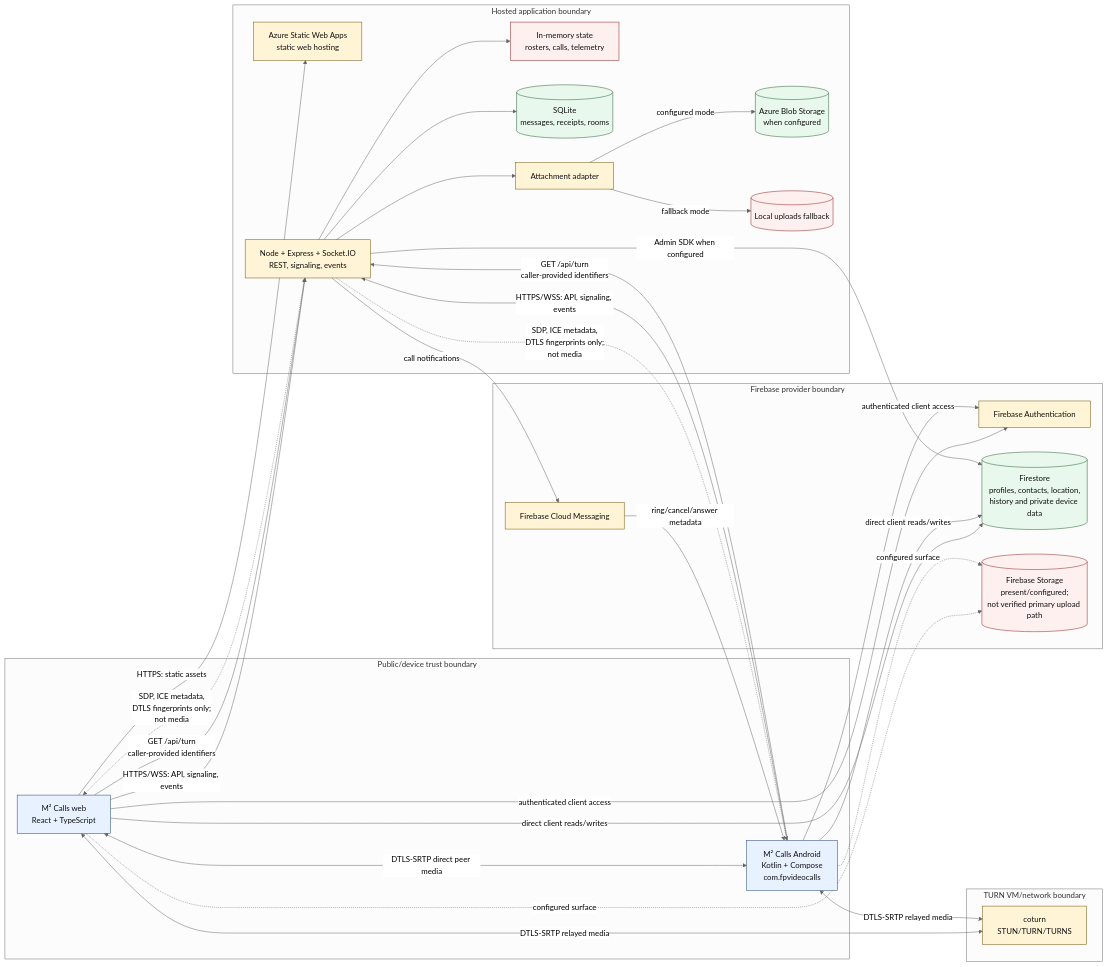
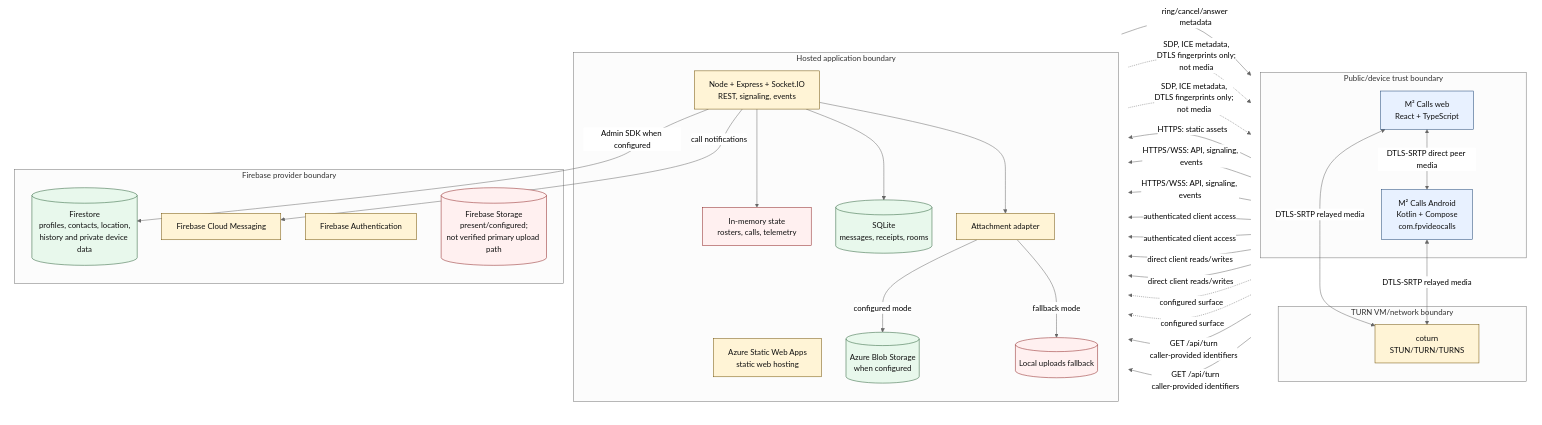
Before and after one commit to guiess/fp-video-calls: the diagram in docs/assets/architecture/system-overview.mmd, drawn with Mermaid (neutral theme). The commit also changed 31 other files, not shown here.

```diff
--- a/docs/assets/architecture/system-overview.mmd
+++ b/docs/assets/architecture/system-overview.mmd
@@ -1,57 +1,67 @@
 flowchart LR
   classDef client fill:#e8f1ff,stroke:#173f70,color:#111;
   classDef service fill:#fff4d6,stroke:#6f4f00,color:#111;
   classDef store fill:#e8f8ec,stroke:#245c32,color:#111;
   classDef boundary fill:#fff,stroke:#555,color:#111,stroke-dasharray: 6 4;
   classDef risk fill:#fff0f0,stroke:#8a1c1c,color:#111;
 
-  subgraph Public["Public/device trust boundary"]
+  subgraph DevicesAndRelay[" "]
+    direction TB
+    subgraph Public["Public/device trust boundary"]
     Web["M² Calls web\nReact + TypeScript"]:::client
     Android["M² Calls Android\nKotlin + Compose\ncom.fpvideocalls"]:::client
+    end
+    subgraph TurnBoundary["TURN VM/network boundary"]
+      Turn["coturn\nSTUN/TURN/TURNS"]:::service
+    end
+    Public ~~~ TurnBoundary
   end
+  style DevicesAndRelay fill:none,stroke:none
+
+  subgraph HostedServices[" "]
+    direction TB
+    subgraph Firebase["Firebase provider boundary"]
+      Auth["Firebase Authentication"]:::service
+      Firestore[("Firestore\nprofiles, contacts, location,\nhistory and private device data")]:::store
+      FCM["Firebase Cloud Messaging"]:::service
+      Storage[("Firebase Storage\npresent/configured;\nnot verified primary upload path")]:::risk
+    end
 
   subgraph Azure["Hosted application boundary"]
     SWA["Azure Static Web Apps\nstatic web hosting"]:::service
     Node["Node + Express + Socket.IO\nREST, signaling, events"]:::service
     Memory["In-memory state\nrosters, calls, telemetry"]:::risk
     SQLite[("SQLite\nmessages, receipts, rooms")]:::store
     Attach["Attachment adapter"]:::service
     Blob[("Azure Blob Storage\nwhen configured")]:::store
     Local[("Local uploads fallback")]:::risk
   end
 
-  subgraph Firebase["Firebase provider boundary"]
-    Auth["Firebase Authentication"]:::service
-    Firestore[("Firestore\nprofiles, contacts, location,\nhistory and private device data")]:::store
-    FCM["Firebase Cloud Messaging"]:::service
-    Storage[("Firebase Storage\npresent/configured;\nnot verified primary upload path")]:::risk
+    Firebase ~~~ Azure
   end
-
-  subgraph TurnBoundary["TURN VM/network boundary"]
-    Turn["coturn\nSTUN/TURN/TURNS"]:::service
-  end
+  style HostedServices fill:none,stroke:none
 
   Web -->|"HTTPS: static assets"| SWA
   Web -->|"HTTPS/WSS: API, signaling, events"| Node
   Android -->|"HTTPS/WSS: API, signaling, events"| Node
   Web -->|"authenticated client access"| Auth
   Android -->|"authenticated client access"| Auth
   Web -->|"direct client reads/writes"| Firestore
   Android -->|"direct client reads/writes"| Firestore
   Node -->|"Admin SDK when configured"| Firestore
   Node -->|"call notifications"| FCM
   FCM -->|"ring/cancel/answer metadata"| Android
   Node --> Memory
   Node --> SQLite
   Node --> Attach
   Attach -->|"configured mode"| Blob
   Attach -->|"fallback mode"| Local
   Web -.->|"configured surface"| Storage
   Android -.->|"configured surface"| Storage
   Web -->|"GET /api/turn\ncaller-provided identifiers"| Node
   Android -->|"GET /api/turn\ncaller-provided identifiers"| Node
   Web <-->|"DTLS-SRTP direct peer media"| Android
   Web <-->|"DTLS-SRTP relayed media"| Turn
   Android <-->|"DTLS-SRTP relayed media"| Turn
   Node -.->|"SDP, ICE metadata,\nDTLS fingerprints only;\nnot media"| Web
   Node -.->|"SDP, ICE metadata,\nDTLS fingerprints only;\nnot media"| Android
```
